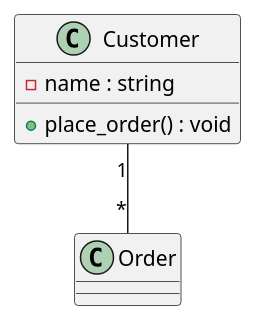
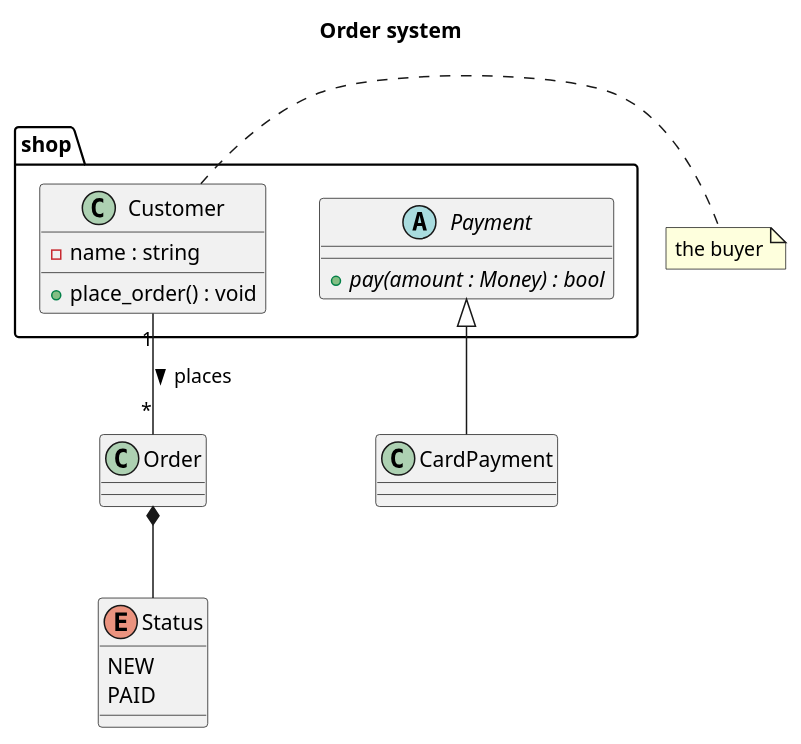
Before and after one commit to JanCernicka/PlantUmlConverter: the diagram in examples/sample.plantuml, drawn with PlantUML. The commit also changed 31 other files, not shown here.

First line of the commit message:
Replace the C++ lexer with a Python PlantUML class diagram compiler

```diff
--- a/examples/sample.plantuml
+++ b/examples/sample.plantuml
@@ -1,10 +1,24 @@
-@startuml
-class Customer {
-  - name : string
-  + place_order() : void
+@startuml "Order system"
+title Order system
+
+package shop {
+  class Customer {
+    - name : string
+    + place_order() : void
+  }
+
+  abstract class Payment {
+    {abstract} + pay(amount : Money) : bool
+  }
 }
 
 class Order
-
-Customer "1" -- "*" Order
+enum Status {
+  NEW
+  PAID
+}
+Payment <|-- CardPayment
+Customer "1" -- "*" Order : places >
+Order *-- Status
+note right of Customer : the buyer
 @enduml
```
